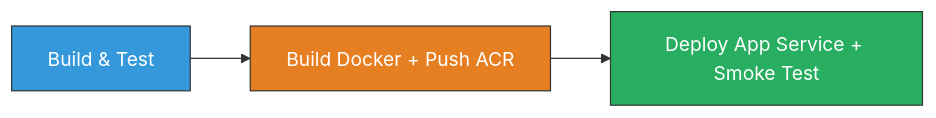
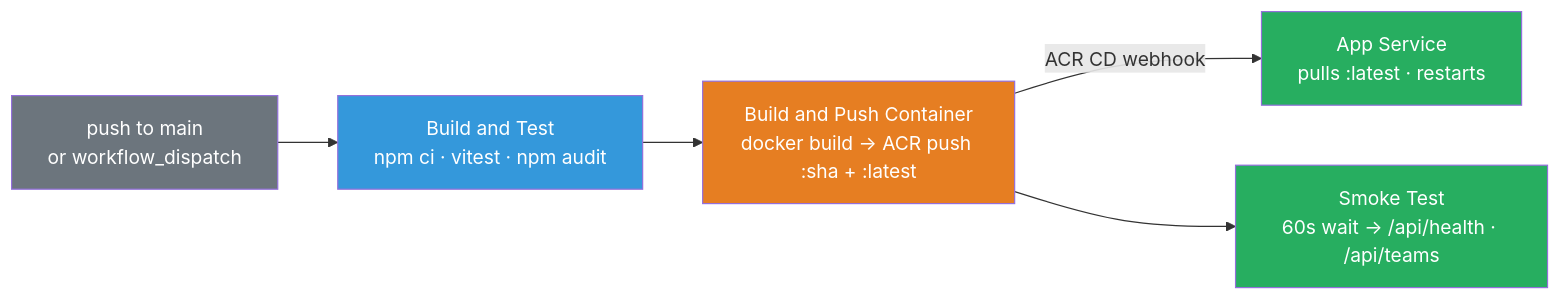
Before and after one commit to jonathan-vella/hacker-board: the second of 2 diagrams in docs/deployment-guide.md, drawn with Mermaid. The commit also changed other lines of this file and 28 other files, not shown here.

````diff
--- a/docs/deployment-guide.md
+++ b/docs/deployment-guide.md
@@ -222,9 +258,18 @@
 ```mermaid
 graph LR
-    BT[Build & Test] --> D[Build Docker + Push ACR]
-    D --> ST[Deploy App Service + Smoke Test]
+    A[push to main
+or workflow_dispatch] --> B[Build and Test
+npm ci · vitest · npm audit]
+    B --> C[Build and Push Container
+docker build → ACR push :sha + :latest]
+    C -->|ACR CD webhook| D[App Service
+pulls :latest · restarts]
+    C --> E[Smoke Test
+60s wait → /api/health · /api/teams]
 
-    style BT fill:#3498db,stroke:#333,color:#fff
-    style D fill:#e67e22,stroke:#333,color:#fff
-    style ST fill:#27ae60,stroke:#333,color:#fff
+    style A fill:#6c757d,color:#fff
+    style B fill:#3498db,color:#fff
+    style C fill:#e67e22,color:#fff
+    style D fill:#27ae60,color:#fff
+    style E fill:#27ae60,color:#fff
 ```
````
